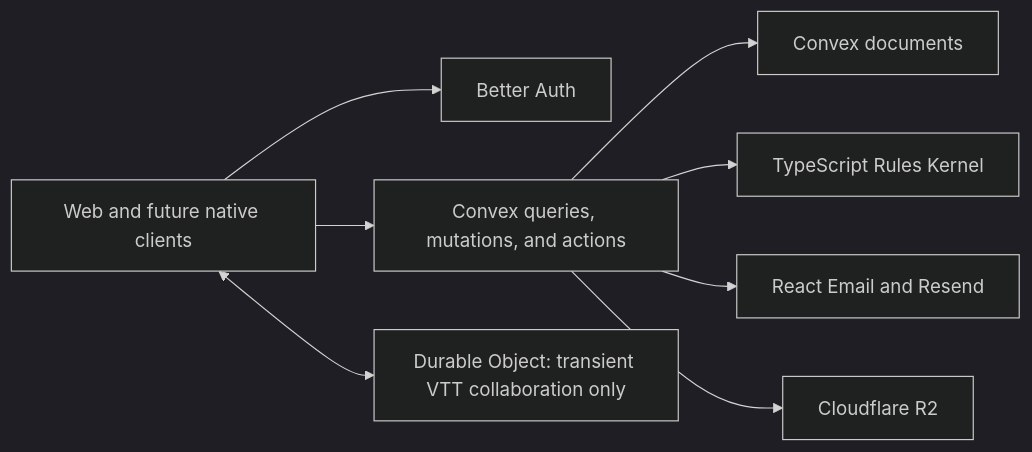
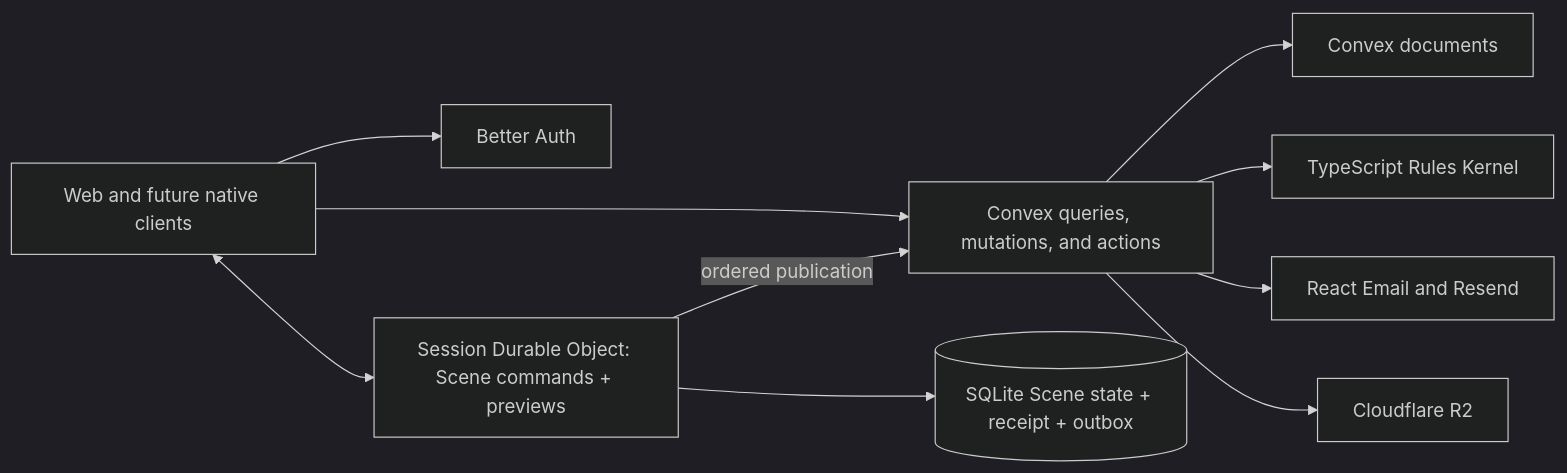
Before and after one commit to MPiland/artificer-toolkit: the first of 2 diagrams in docs/adr/0029-convex-backend-cutover.md, drawn with Mermaid (dark theme). The commit also changed other lines of this file and 4729 other files, not shown here.

````diff
--- a/docs/adr/0029-convex-backend-cutover.md
+++ b/docs/adr/0029-convex-backend-cutover.md
@@ -24,10 +47,12 @@
 ```mermaid
 flowchart LR
     Clients["Web and future native clients"] --> Auth["Better Auth"]
     Clients --> Convex["Convex queries, mutations, and actions"]
     Convex --> Data["Convex documents"]
     Convex --> Kernel["TypeScript Rules Kernel"]
     Convex --> Email["React Email and Resend"]
     Convex --> R2["Cloudflare R2"]
-    Clients <--> DO["Durable Object: transient VTT collaboration only"]
+    Clients <--> DO["Session Durable Object: Scene commands + previews"]
+    DO --> SQLite[("SQLite Scene state + receipt + outbox")]
+    DO -->|ordered publication| Convex
 ```
````
